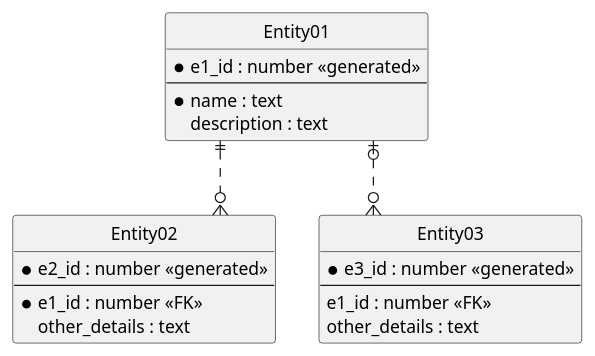
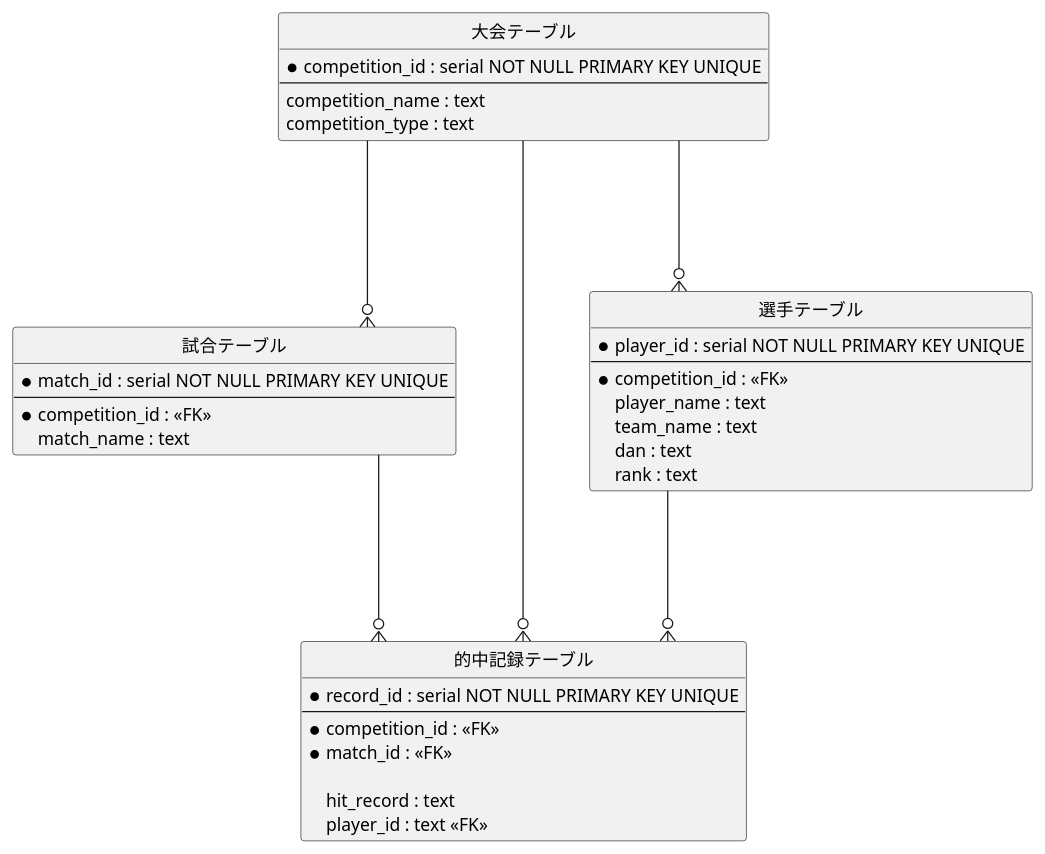
One commit to ssksoft/kyudo changed the diagram in uml/er_diagram.pu. Above: the diagram before and after it, drawn with PlantUML.

Commit message:
PlantUMLで弓道競技システムのER図作成完了。 実装との乖離あり。ER図を正とする。

```diff
--- a/uml/er_diagram.pu
+++ b/uml/er_diagram.pu
@@ -1,33 +1,49 @@
-@startuml
+@startuml er_diagram
 
 ' hide the spot
 hide circle
 
 ' avoid problems with angled crows feet
 skinparam linetype ortho
 
-entity "Entity01" as e01 {
-  *e1_id : number <<generated>>
+entity "大会テーブル" as competition_tbl {
+  *competition_id : serial NOT NULL PRIMARY KEY UNIQUE
   --
-  *name : text
-  description : text
+  competition_name : text
+  competition_type : text
 }
 
-entity "Entity02" as e02 {
-  *e2_id : number <<generated>>
+entity "試合テーブル" as match_tbl {
+  *match_id : serial NOT NULL PRIMARY KEY UNIQUE
   --
-  *e1_id : number <<FK>>
-  other_details : text
+  *competition_id : <<FK>>
+  match_name : text
 }
 
-entity "Entity03" as e03 {
-  *e3_id : number <<generated>>
+entity "的中記録テーブル" as hit_record_tbl {
+  *record_id : serial NOT NULL PRIMARY KEY UNIQUE
   --
-  e1_id : number <<FK>>
-  other_details : text
+  *competition_id : <<FK>>
+  *match_id : <<FK>>
+
+  hit_record : text
+  player_id : text <<FK>>
 }
 
-e01 ||..o{ e02
-e01 |o..o{ e03
+entity "選手テーブル" as player_tbl {
+  *player_id : serial NOT NULL PRIMARY KEY UNIQUE
+  --
+  *competition_id : <<FK>>
+  player_name : text
+  team_name : text
+  dan : text
+  rank : text
+}
+
+competition_tbl ---o{ match_tbl
+match_tbl ---o{ hit_record_tbl
+player_tbl ---o{ hit_record_tbl
+competition_tbl ---o{ hit_record_tbl
+competition_tbl ---o{ player_tbl
 
 @enduml
```
